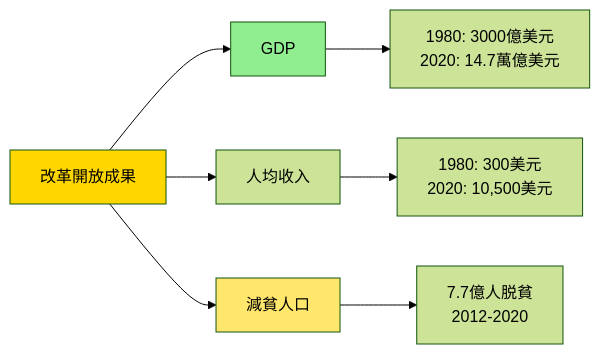
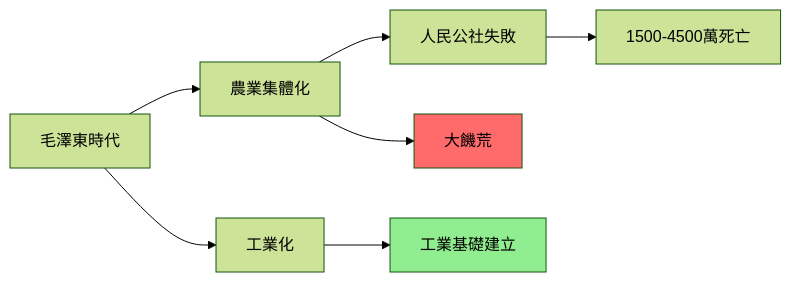
One commit to yip-lgtm/HKU-Harvard-History-Self-Study changed the eighth of 10 diagrams in 01_HKU_Courses/HIST2177_Economic_history_of_modern_China.md. Above: the diagram before and after it, drawn with Mermaid (forest theme). The commit also changed other lines of this file and 7 other files, not shown here.

````diff
--- a/01_HKU_Courses/HIST2177_Economic_history_of_modern_China.md
+++ b/01_HKU_Courses/HIST2177_Economic_history_of_modern_China.md
@@ -143,12 +309,11 @@
 ```mermaid
 graph LR
-    A["改革開放成果"] --> B["GDP"]
-    A --> C["人均收入"]
-    A --> D["減貧人口"]
-    B --> B1["1980: 3000億美元<br/>2020: 14.7萬億美元"]
-    C --> C1["1980: 300美元<br/>2020: 10,500美元"]
-    D --> D1["7.7億人脱貧<br/>2012-2020"]
-    style A fill:#FFD700
-    style B fill:#90EE90
-    style D fill:#FFE66D
+    A["毛澤東時代"] --> B["農業集體化"]
+    A --> C["工業化"]
+    B --> D["人民公社失敗"]
+    B --> E["大饑荒"]
+    C --> F["工業基礎建立"]
+    D --> G["1500-4500萬死亡"]
+    style E fill:#FF6B6B
+    style F fill:#90EE90
 ```
````
